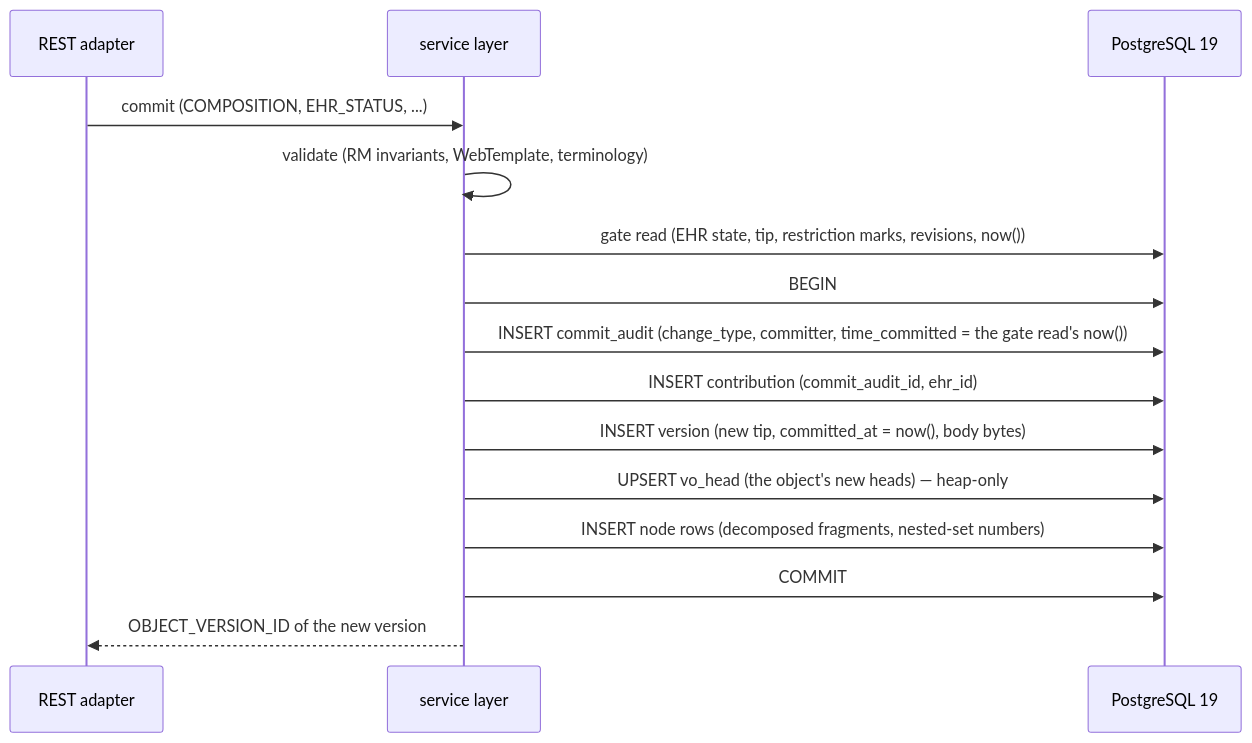
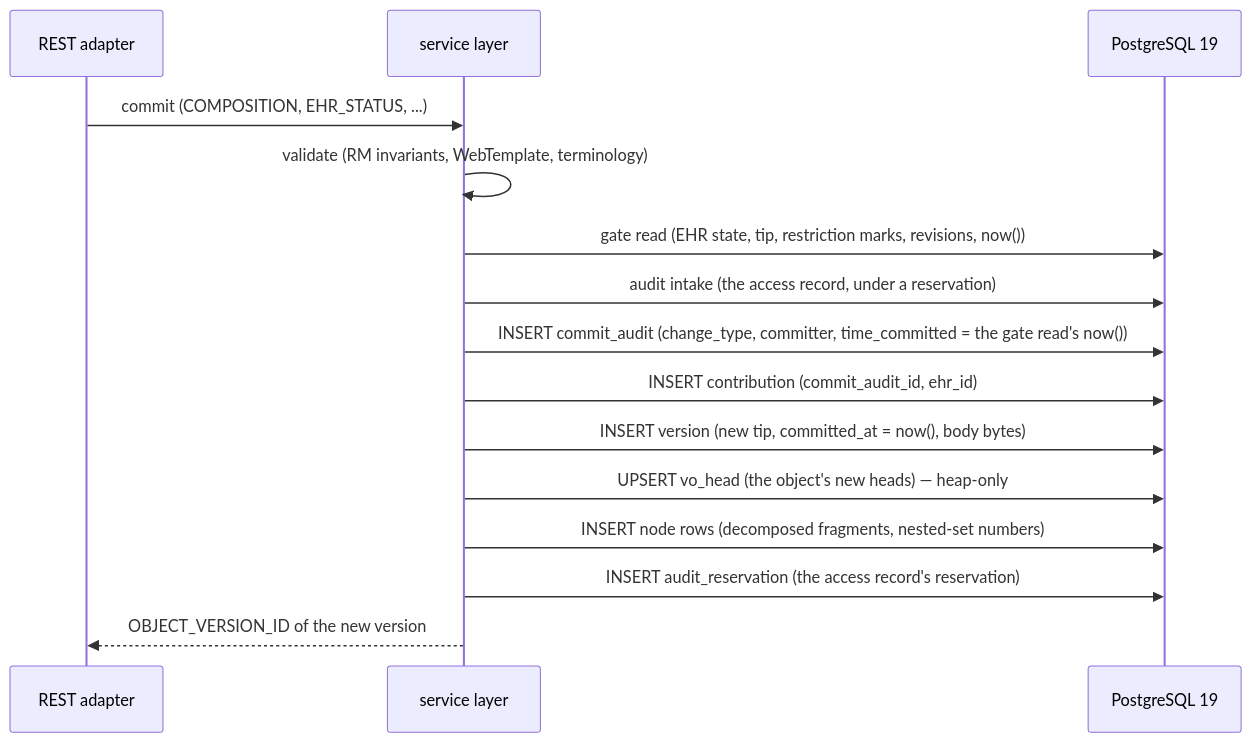
Before and after one commit to FerroHEALTH/FerroEHR: the fifth of 6 diagrams in website/book/src/concepts/storage.md, drawn with Mermaid. The commit also changed 3 other files, not shown here.

````diff
--- a/website/book/src/concepts/storage.md
+++ b/website/book/src/concepts/storage.md
@@ -335,18 +335,18 @@
 ```mermaid
 sequenceDiagram
     participant R as REST adapter
     participant S as service layer
     participant PG as PostgreSQL 19
 
     R->>S: commit (COMPOSITION, EHR_STATUS, ...)
     S->>S: validate (RM invariants, WebTemplate, terminology)
     S->>PG: gate read (EHR state, tip, restriction marks, revisions, now())
-    S->>PG: BEGIN
+    S->>PG: audit intake (the access record, under a reservation)
     S->>PG: INSERT commit_audit (change_type, committer, time_committed = the gate read's now())
     S->>PG: INSERT contribution (commit_audit_id, ehr_id)
     S->>PG: INSERT version (new tip, committed_at = now(), body bytes)
     S->>PG: UPSERT vo_head (the object's new heads) — heap-only
     S->>PG: INSERT node rows (decomposed fragments, nested-set numbers)
-    S->>PG: COMMIT
+    S->>PG: INSERT audit_reservation (the access record's reservation)
     S-->>R: OBJECT_VERSION_ID of the new version
 ```
````
